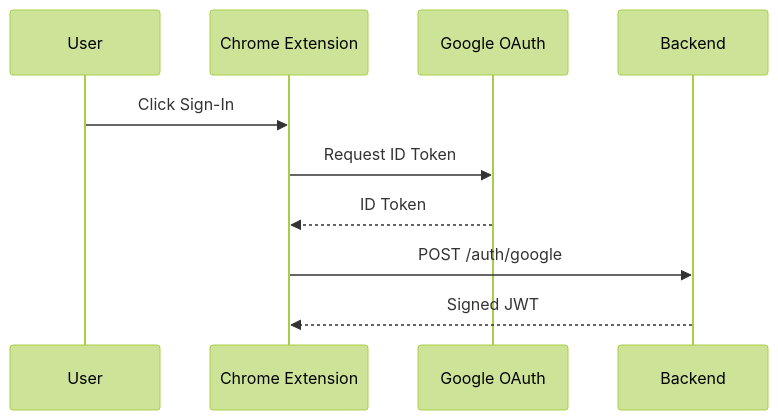
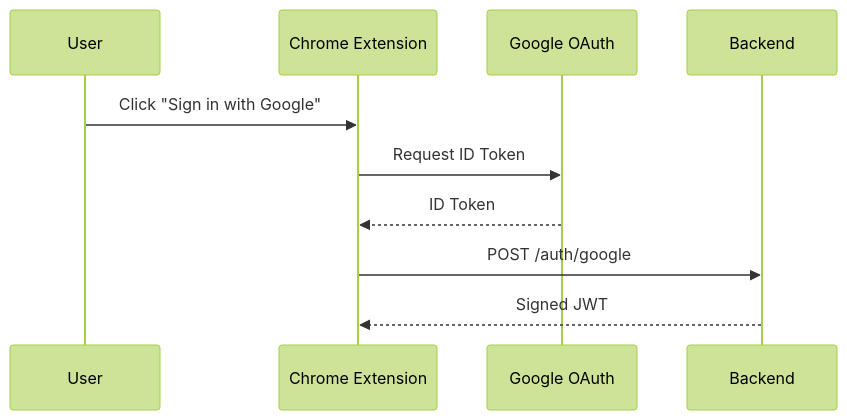
Before and after one commit to Saksham-hacked/expense-manager: the first of 2 diagrams in README.md, drawn with Mermaid (forest theme). The commit also changed other lines of this file, not shown here.

````diff
--- a/README.md
+++ b/README.md
@@ -384,13 +116,13 @@
 ```mermaid
 sequenceDiagram
     participant U as User
     participant CE as Chrome Extension
     participant G as Google OAuth
     participant BO as Backend
 
-    U->>CE: Click Sign-In
+    U->>CE: Click "Sign in with Google"
     CE->>G: Request ID Token
     G-->>CE: ID Token
     CE->>BO: POST /auth/google
     BO-->>CE: Signed JWT
 ```
````
